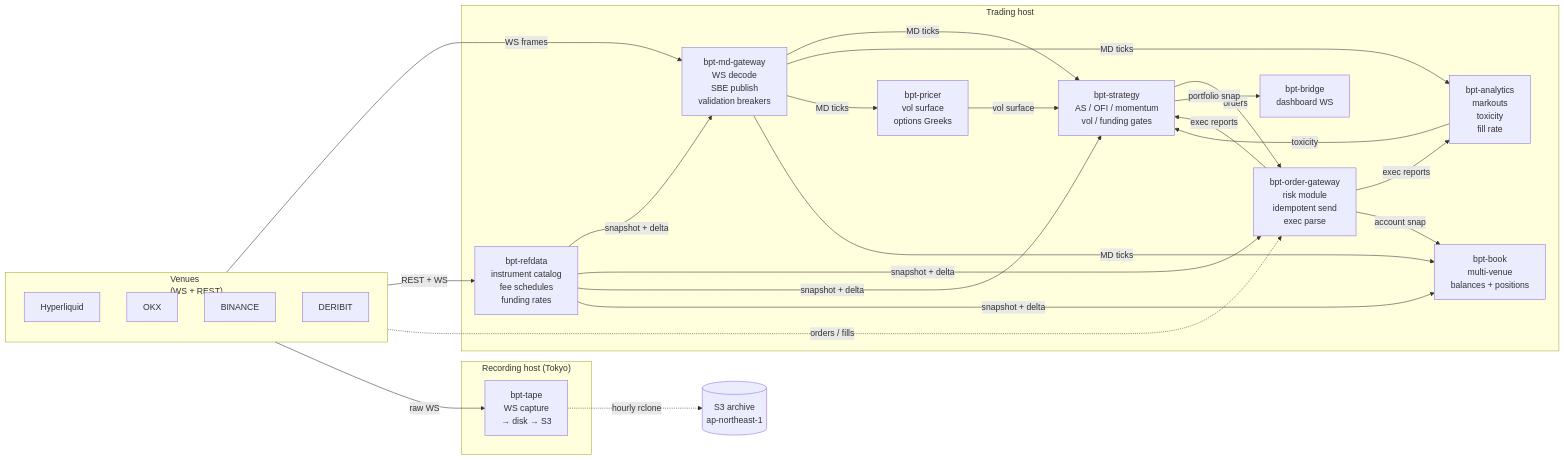
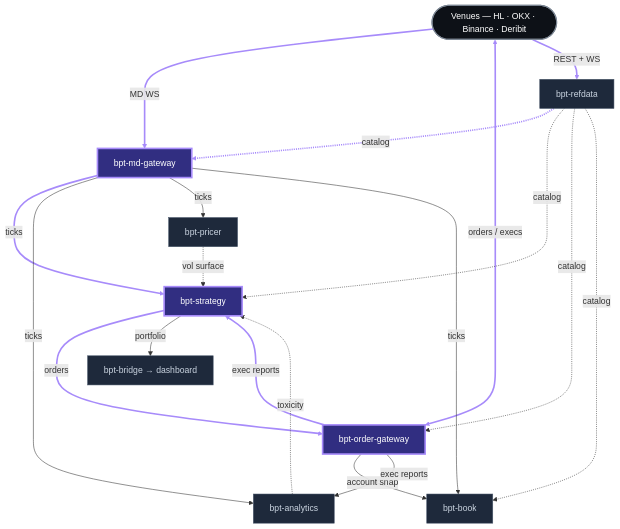
One commit to bishanparktrading/bpt-core changed the diagram in site/docs/architecture.md. Above: the diagram before and after it, drawn with Mermaid. The commit also changed other lines of this file and 1 other file, not shown here.

Commit message:
site: cleaner architecture diagram (TB layout, hot-path spine)
Old diagram was 14 nodes in 3 subgraphs with multi-line labels and
LR layout — small + busy. New shape:

  - TB (top-to-bottom) layout uses vertical space, which the
    Material content column has more of than horizontal.
  - Single-line node labels: "bpt-md-gateway" not
    "bpt-md-gateway / WS decode / SBE publish / validation breakers".
    Service-detail belongs on the per-service page, not in every
    glance at the topology.
  - Trading-loop spine drawn thick + purple: venue → mdgw →
    strategy → ogw → venue. Auxiliary services (refdata, analytics,
    pricer, book, bridge) drawn dotted/thin so the spine is the
    first thing the eye lands on.
  - Recording-host subgraph removed entirely — bpt-tape lives on
    its own page; doesn't belong in the trading-loop view.
  - CSS: stop letting Mermaid render at minimum content size.
    .mermaid svg { max-width: 100% !important; width: 100% } so
    the diagram fills the column instead of shrinking.
  - Bigger node + edge labels (0.95rem) for readability.

````diff
--- a/site/docs/architecture.md
+++ b/site/docs/architecture.md
@@ -10,51 +10,34 @@
 ```mermaid
-flowchart LR
-    subgraph venues["Venues<br/>(WS + REST)"]
-        HL[Hyperliquid]
-        OKX
-        BINANCE
-        DERIBIT
-    end
+flowchart TB
+    V([Venues — HL · OKX · Binance · Deribit]):::venue
 
-    subgraph trading["Trading host"]
-        REFDATA[bpt-refdata<br/>instrument catalog<br/>fee schedules<br/>funding rates]
-        MDGW[bpt-md-gateway<br/>WS decode<br/>SBE publish<br/>validation breakers]
-        OGW[bpt-order-gateway<br/>risk module<br/>idempotent send<br/>exec parse]
-        STRAT[bpt-strategy<br/>AS / OFI / momentum<br/>vol / funding gates]
-        ANALYTICS[bpt-analytics<br/>markouts<br/>toxicity<br/>fill rate]
-        PRICER[bpt-pricer<br/>vol surface<br/>options Greeks]
-        BOOK[bpt-book<br/>multi-venue<br/>balances + positions]
-        BRIDGE[bpt-bridge<br/>dashboard WS]
-    end
+    V ===>|MD WS| MDGW
+    V <===>|orders / execs| OGW
+    V -->|REST + WS| REFDATA
 
-    subgraph recording["Recording host (Tokyo)"]
-        TAPE[bpt-tape<br/>WS capture<br/>→ disk → S3]
-    end
+    MDGW[bpt-md-gateway]:::hot ===>|ticks| STRAT
+    STRAT[bpt-strategy]:::hot ===>|orders| OGW[bpt-order-gateway]:::hot
+    OGW ===>|exec reports| STRAT
 
-    venues -->|WS frames| MDGW
-    venues -->|REST + WS| REFDATA
-    venues -.->|orders / fills| OGW
-    venues -->|raw WS| TAPE
+    REFDATA[bpt-refdata]:::aux -.->|catalog| MDGW
+    REFDATA -.->|catalog| STRAT
+    REFDATA -.->|catalog| OGW
+    REFDATA -.->|catalog| BOOK
 
-    REFDATA -->|snapshot + delta| MDGW
-    REFDATA -->|snapshot + delta| OGW
-    REFDATA -->|snapshot + delta| STRAT
-    REFDATA -->|snapshot + delta| BOOK
+    MDGW -->|ticks| ANALYTICS[bpt-analytics]:::aux
+    MDGW -->|ticks| PRICER[bpt-pricer]:::aux
+    MDGW -->|ticks| BOOK[bpt-book]:::aux
 
-    MDGW -->|MD ticks| STRAT
-    MDGW -->|MD ticks| ANALYTICS
-    MDGW -->|MD ticks| PRICER
-    MDGW -->|MD ticks| BOOK
-
-    STRAT -->|orders| OGW
-    OGW -->|exec reports| STRAT
+    OGW -->|account snap| BOOK
     OGW -->|exec reports| ANALYTICS
 
-    PRICER -->|vol surface| STRAT
-    ANALYTICS -->|toxicity| STRAT
+    ANALYTICS -.->|toxicity| STRAT
+    PRICER -.->|vol surface| STRAT
 
-    STRAT -->|portfolio snap| BRIDGE
-    OGW -->|account snap| BOOK
+    STRAT -->|portfolio| BRIDGE[bpt-bridge → dashboard]:::aux
 
-    TAPE -.->|hourly rclone| S3[(S3 archive<br/>ap-northeast-1)]
+    classDef venue fill:#0d1117,stroke:#7c8794,stroke-width:2px,color:#fff
+    classDef hot fill:#312e81,stroke:#a78bfa,stroke-width:3px,color:#fff
+    classDef aux fill:#1e293b,stroke:#475569,stroke-width:1px,color:#cbd5e1
+    linkStyle 0,1,2,3,4,5,6 stroke:#a78bfa,stroke-width:3px
 ```
````
